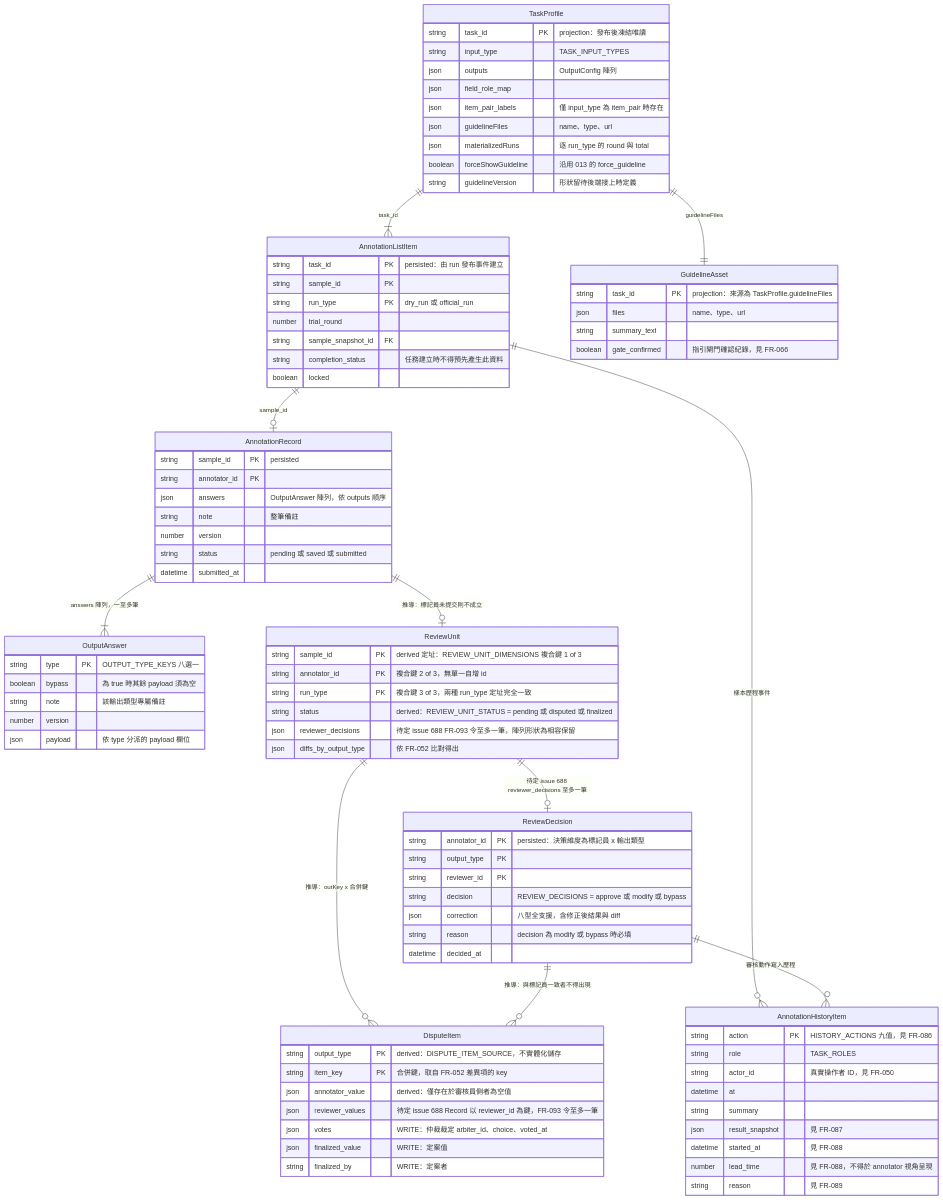
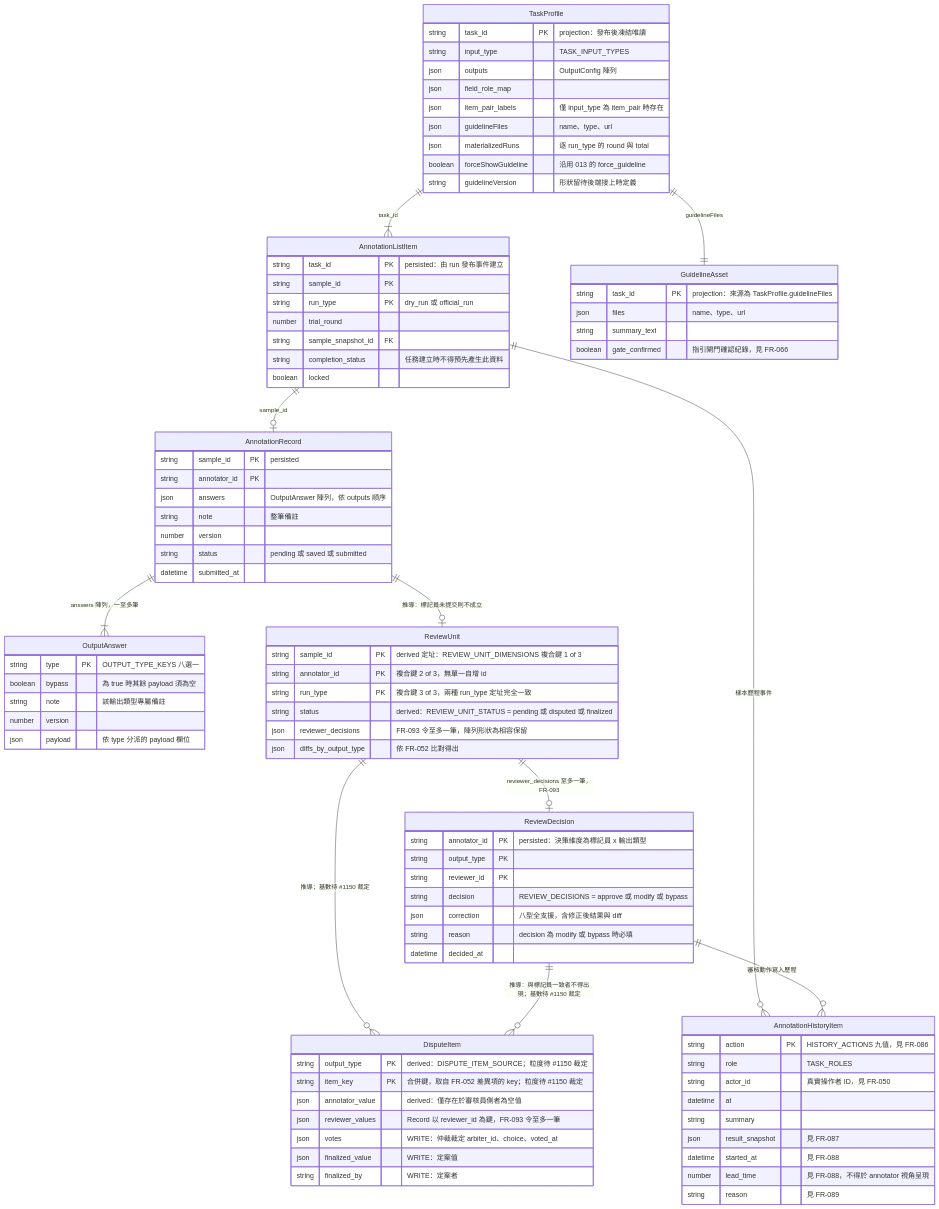
Before and after one commit to singyichen/label-suite: the fourth of 6 diagrams in docs/diagrams/architecture/core-data-model-er.md, drawn with Mermaid. The commit also changed other lines of this file and 6 other files, not shown here.

First line of the commit message:
docs(diagrams): sync review docs with three-state single-person relay model

````diff
--- a/docs/diagrams/architecture/core-data-model-er.md
+++ b/docs/diagrams/architecture/core-data-model-er.md
@@ -341,14 +338,14 @@
         string annotator_id PK "複合鍵 2 of 3，無單一自增 id"
         string run_type PK "複合鍵 3 of 3，兩種 run_type 定址完全一致"
         string status "derived：REVIEW_UNIT_STATUS = pending 或 disputed 或 finalized"
-        json reviewer_decisions "待定 issue 688 FR-093 令至多一筆，陣列形狀為相容保留"
+        json reviewer_decisions "FR-093 令至多一筆，陣列形狀為相容保留"
         json diffs_by_output_type "依 FR-052 比對得出"
     }
     DisputeItem {
-        string output_type PK "derived：DISPUTE_ITEM_SOURCE，不實體化儲存"
-        string item_key PK "合併鍵，取自 FR-052 差異項的 key"
+        string output_type PK "derived：DISPUTE_ITEM_SOURCE；粒度待 #1150 裁定"
+        string item_key PK "合併鍵，取自 FR-052 差異項的 key；粒度待 #1150 裁定"
         json annotator_value "derived：僅存在於審核員側者為空值"
-        json reviewer_values "待定 issue 688 Record 以 reviewer_id 為鍵，FR-093 令至多一筆"
+        json reviewer_values "Record 以 reviewer_id 為鍵，FR-093 令至多一筆"
         json votes "WRITE：仲裁裁定 arbiter_id、choice、voted_at"
         json finalized_value "WRITE：定案值"
         string finalized_by "WRITE：定案者"
@@ -377,8 +374,8 @@
     AnnotationListItem ||--o{ AnnotationHistoryItem : "樣本歷程事件"
     AnnotationRecord ||--|{ OutputAnswer : "answers 陣列，一至多筆"
     AnnotationRecord ||--o| ReviewUnit : "推導：標記員未提交則不成立"
-    ReviewUnit ||--o| ReviewDecision : "待定 issue 688 reviewer_decisions 至多一筆"
-    ReviewUnit ||--o{ DisputeItem : "推導：outKey x 合併鍵"
-    ReviewDecision ||--o{ DisputeItem : "推導：與標記員一致者不得出現"
+    ReviewUnit ||--o| ReviewDecision : "reviewer_decisions 至多一筆，FR-093"
+    ReviewUnit ||--o{ DisputeItem : "推導；基數待 #1150 裁定"
+    ReviewDecision ||--o{ DisputeItem : "推導：與標記員一致者不得出現；基數待 #1150 裁定"
     ReviewDecision ||--o{ AnnotationHistoryItem : "審核動作寫入歷程"
 ```
````
